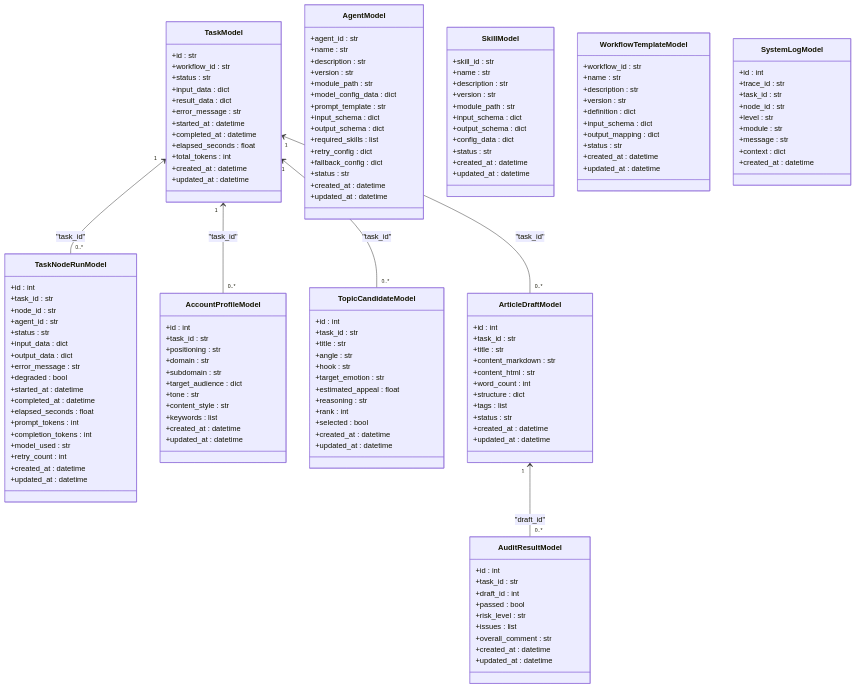
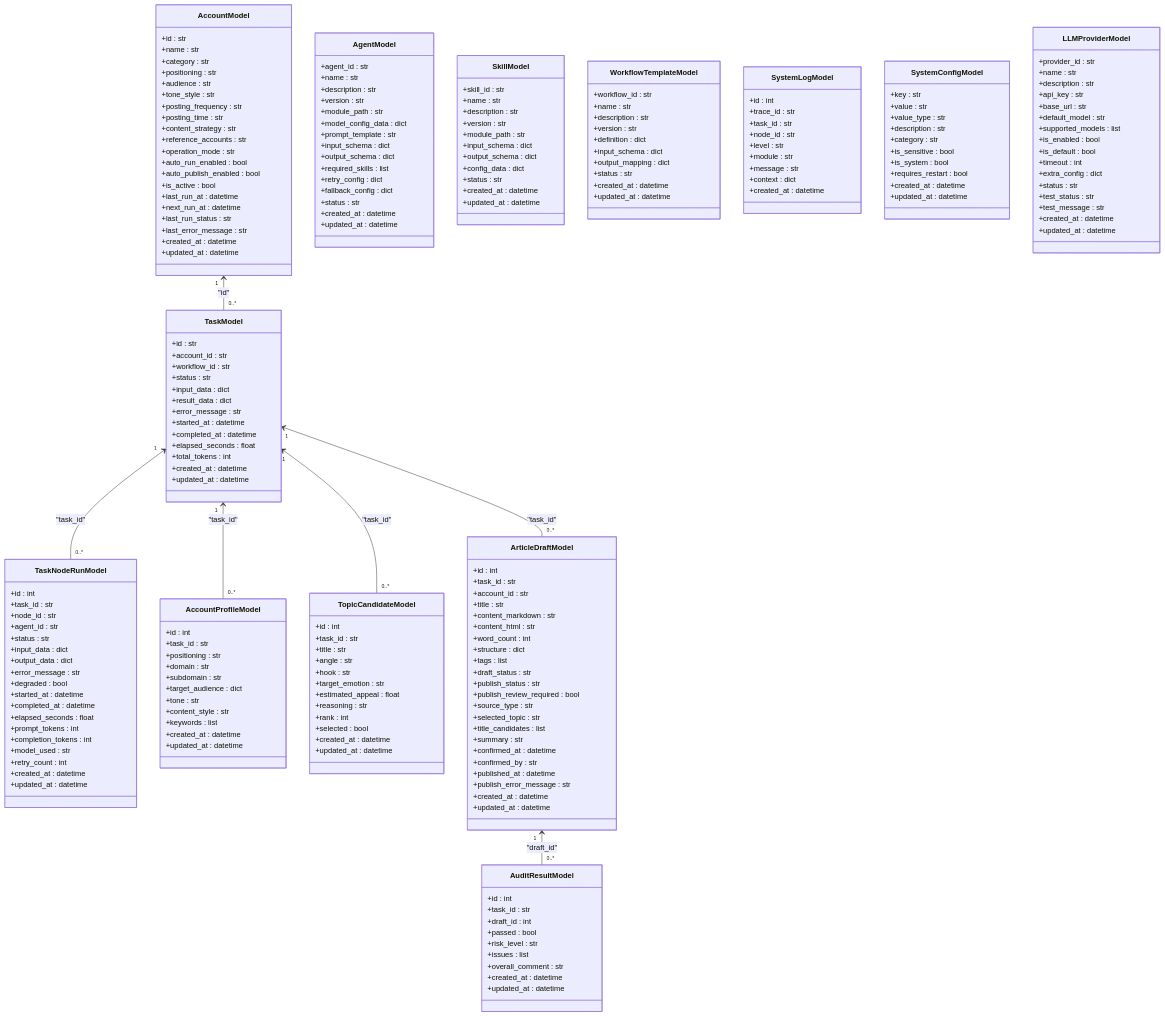
One commit to sansansansansan2022-web/hotclaw changed the third of 4 diagrams in .qoder/repowiki/zh/content/数据库设计/数据模型定义/数据模型定义.md. Above: the diagram before and after it, drawn with Mermaid. The commit also changed other lines of this file and 44 other files, not shown here.

````diff
--- a/.qoder/repowiki/zh/content/数据库设计/数据模型定义/数据模型定义.md
+++ b/.qoder/repowiki/zh/content/数据库设计/数据模型定义/数据模型定义.md
@@ -325,7 +428,30 @@
 ```mermaid
 classDiagram
+class AccountModel {
++id : str
++name : str
++category : str
++positioning : str
++audience : str
++tone_style : str
++posting_frequency : str
++posting_time : str
++content_strategy : str
++reference_accounts : str
++operation_mode : str
++auto_run_enabled : bool
++auto_publish_enabled : bool
++is_active : bool
++last_run_at : datetime
++next_run_at : datetime
++last_run_status : str
++last_error_message : str
++created_at : datetime
++updated_at : datetime
+}
 class TaskModel {
 +id : str
++account_id : str
 +workflow_id : str
 +status : str
 +input_data : dict
@@ -388,13 +514,24 @@
 class ArticleDraftModel {
 +id : int
 +task_id : str
++account_id : str
 +title : str
 +content_markdown : str
 +content_html : str
 +word_count : int
 +structure : dict
 +tags : list
-+status : str
++draft_status : str
++publish_status : str
++publish_review_required : bool
++source_type : str
++selected_topic : str
++title_candidates : list
++summary : str
++confirmed_at : datetime
++confirmed_by : str
++published_at : datetime
++publish_error_message : str
 +created_at : datetime
 +updated_at : datetime
 }
@@ -462,6 +599,37 @@
 +context : dict
 +created_at : datetime
 }
+class SystemConfigModel {
++key : str
++value : str
++value_type : str
++description : str
++category : str
++is_sensitive : bool
++is_system : bool
++requires_restart : bool
++created_at : datetime
++updated_at : datetime
+}
+class LLMProviderModel {
++provider_id : str
++name : str
++description : str
++api_key : str
++base_url : str
++default_model : str
++supported_models : list
++is_enabled : bool
++is_default : bool
++timeout : int
++extra_config : dict
++status : str
++test_status : str
++test_message : str
++created_at : datetime
++updated_at : datetime
+}
+AccountModel "1" <-- "0..*" TaskModel : "id"
 TaskModel "1" <-- "0..*" TaskNodeRunModel : "task_id"
 TaskModel "1" <-- "0..*" AccountProfileModel : "task_id"
 TaskModel "1" <-- "0..*" TopicCandidateModel : "task_id"
````
